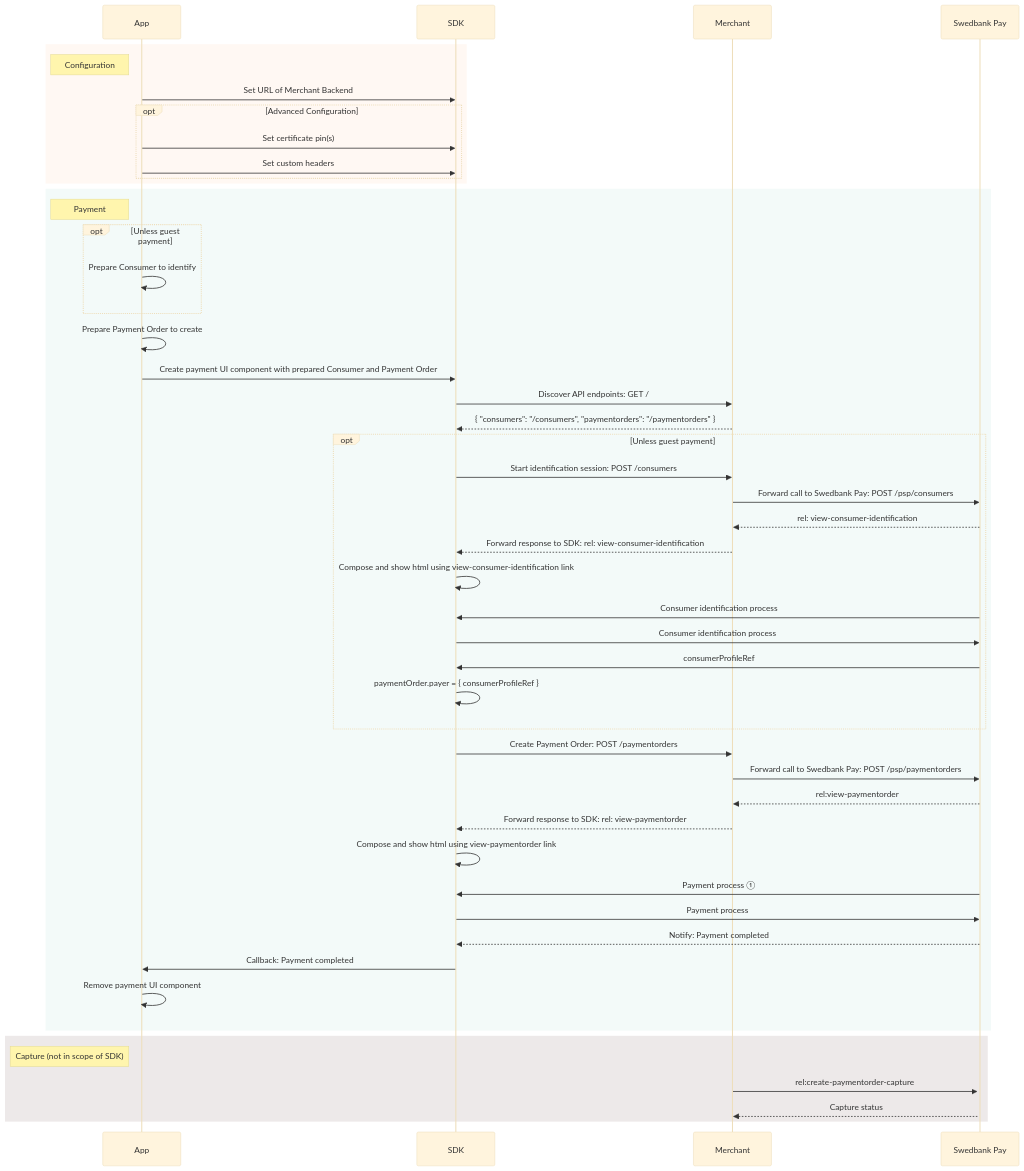
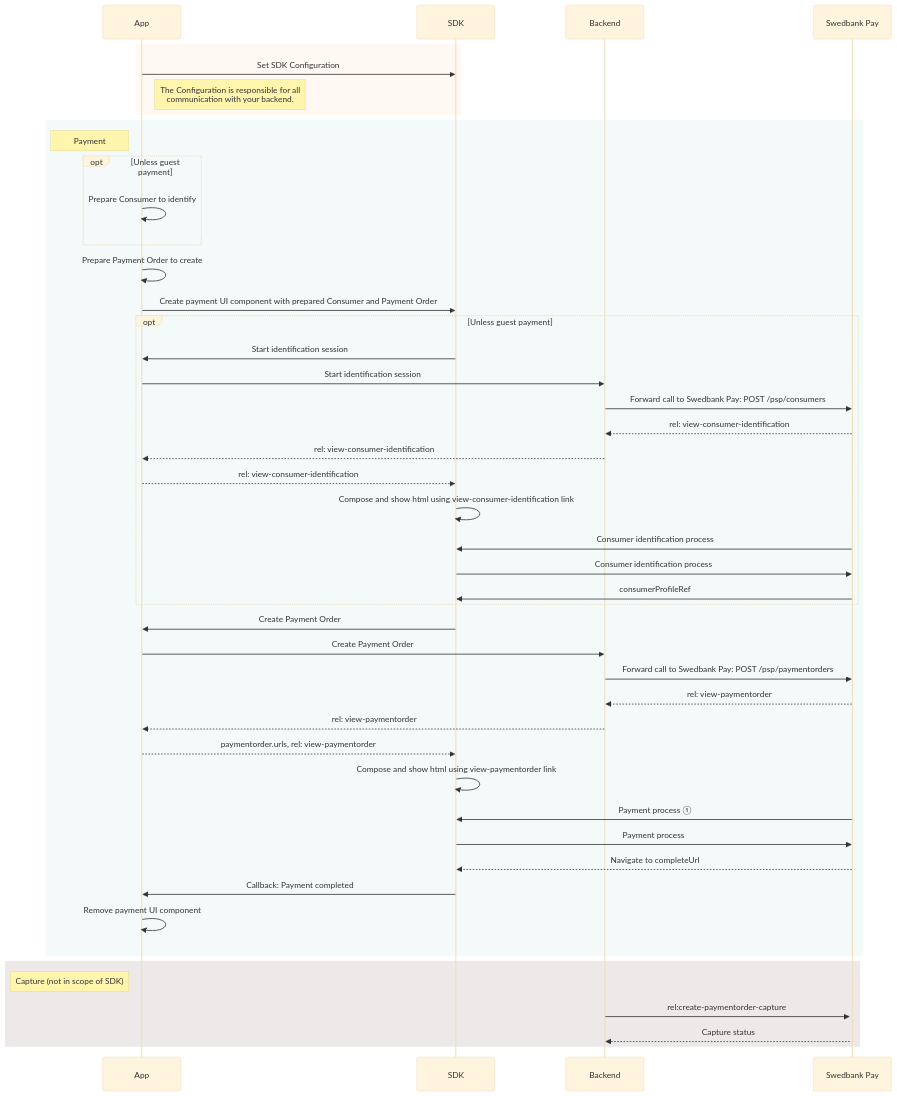
Before and after one commit to SwedbankPay/developer.swedbankpay.com: the diagram in modules-sdks/mobile-sdk/index.md, drawn with Mermaid (base theme). The commit also changed other lines of this file and 7 other files, not shown here.

Commit message:
Update Mobile SDK configuration to include integration with custom backends.

````diff
--- a/modules-sdks/mobile-sdk/index.md
+++ b/modules-sdks/mobile-sdk/index.md
@@ -51,54 +51,51 @@
 ```mermaid
 sequenceDiagram
     participant App
     participant SDK
-    participant Merchant
+    participant Backend
     participant SwedbankPay as Swedbank Pay
 
     rect rgba(238, 112, 35, 0.05)
-        note left of App: Configuration
-        App ->> SDK: Set URL of Merchant Backend
-        opt Advanced Configuration
-            App ->> SDK: Set certificate pin(s)
-            App ->> SDK: Set custom headers
-        end
+        App ->> SDK: Set SDK Configuration
+        note right of App: The Configuration is responsible for all<br/>communication with your backend.
     end
 
     rect rgba(138, 205, 195, 0.1)
         note left of App: Payment
         opt Unless guest payment
             App ->> App: Prepare Consumer to identify
         end
         App ->> App: Prepare Payment Order to create
         App ->> SDK: Create payment UI component with prepared Consumer and Payment Order
-        SDK ->> Merchant: Discover API endpoints: GET /
-        Merchant -->> SDK: { "consumers": "/consumers", "paymentorders": "/paymentorders" }
         opt Unless guest payment
-            SDK ->> Merchant: Start identification session: POST /consumers
-            Merchant ->> SwedbankPay: Forward call to Swedbank Pay: POST /psp/consumers
-            SwedbankPay -->> Merchant: rel: view-consumer-identification
-            Merchant -->> SDK: Forward response to SDK: rel: view-consumer-identification
+            SDK ->> App: Start identification session
+            App ->> Backend: Start identification session
+            Backend ->> SwedbankPay: Forward call to Swedbank Pay: POST /psp/consumers
+            SwedbankPay -->> Backend: rel: view-consumer-identification
+            Backend -->> App: rel: view-consumer-identification
+            App -->> SDK: rel: view-consumer-identification
             SDK ->> SDK: Compose and show html using view-consumer-identification link
             SwedbankPay ->> SDK: Consumer identification process
             SDK ->> SwedbankPay: Consumer identification process
             SwedbankPay ->> SDK: consumerProfileRef
-            SDK ->> SDK: paymentOrder.payer = { consumerProfileRef }
         end
-        SDK ->> Merchant: Create Payment Order: POST /paymentorders
-        Merchant ->> SwedbankPay: Forward call to Swedbank Pay: POST /psp/paymentorders
-        SwedbankPay -->> Merchant: rel:view-paymentorder
-        Merchant -->> SDK: Forward response to SDK: rel: view-paymentorder
+        SDK ->> App: Create Payment Order
+        App ->> Backend: Create Payment Order
+        Backend ->> SwedbankPay: Forward call to Swedbank Pay: POST /psp/paymentorders
+        SwedbankPay -->> Backend: rel: view-paymentorder
+        Backend -->> App: rel: view-paymentorder
+        App -->> SDK: paymentorder.urls, rel: view-paymentorder
         SDK ->> SDK: Compose and show html using view-paymentorder link
         SwedbankPay ->> SDK: Payment process ①
         SDK ->> SwedbankPay: Payment process
-        SwedbankPay -->> SDK: Notify: Payment completed
+        SwedbankPay -->> SDK: Navigate to completeUrl
         SDK ->> App: Callback: Payment completed
         App ->> App: Remove payment UI component
     end
 
     rect rgba(81,43,43,0.1)
         note left of App: Capture (not in scope of SDK)
-        Merchant ->>+ SwedbankPay: rel:create-paymentorder-capture
-        SwedbankPay -->> Merchant: Capture status
+        Backend ->>+ SwedbankPay: rel:create-paymentorder-capture
+        SwedbankPay -->> Backend: Capture status
     end
 ```
````
